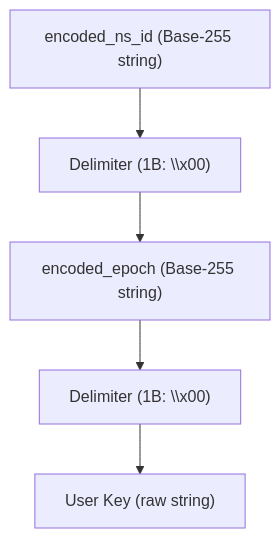
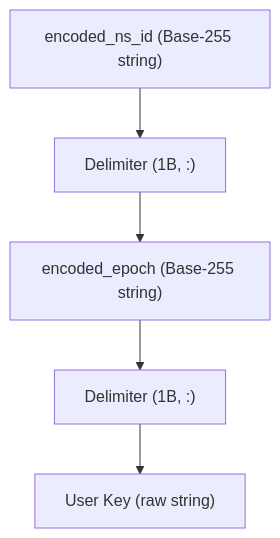
Before and after one commit to miewx/eloqkv: the first of 2 diagrams in design.md, drawn with Mermaid. The commit also changed other lines of this file and 12 other files, not shown here.

````diff
--- a/design.md
+++ b/design.md
@@ -43,7 +43,7 @@
       ```mermaid
       graph TD
-          NS_ID["encoded_ns_id (Base-255 string)"] --> DELIM1["Delimiter (1B: \\x00)"]
+          NS_ID["encoded_ns_id (Base-255 string)"] --> DELIM1["Delimiter (1B, :)"]
           DELIM1 --> EPOCH["encoded_epoch (Base-255 string)"]
-          EPOCH --> DELIM2["Delimiter (1B: \\x00)"]
+          EPOCH --> DELIM2["Delimiter (1B, :)"]
           DELIM2 --> USER_KEY["User Key (raw string)"]
       ```
````
